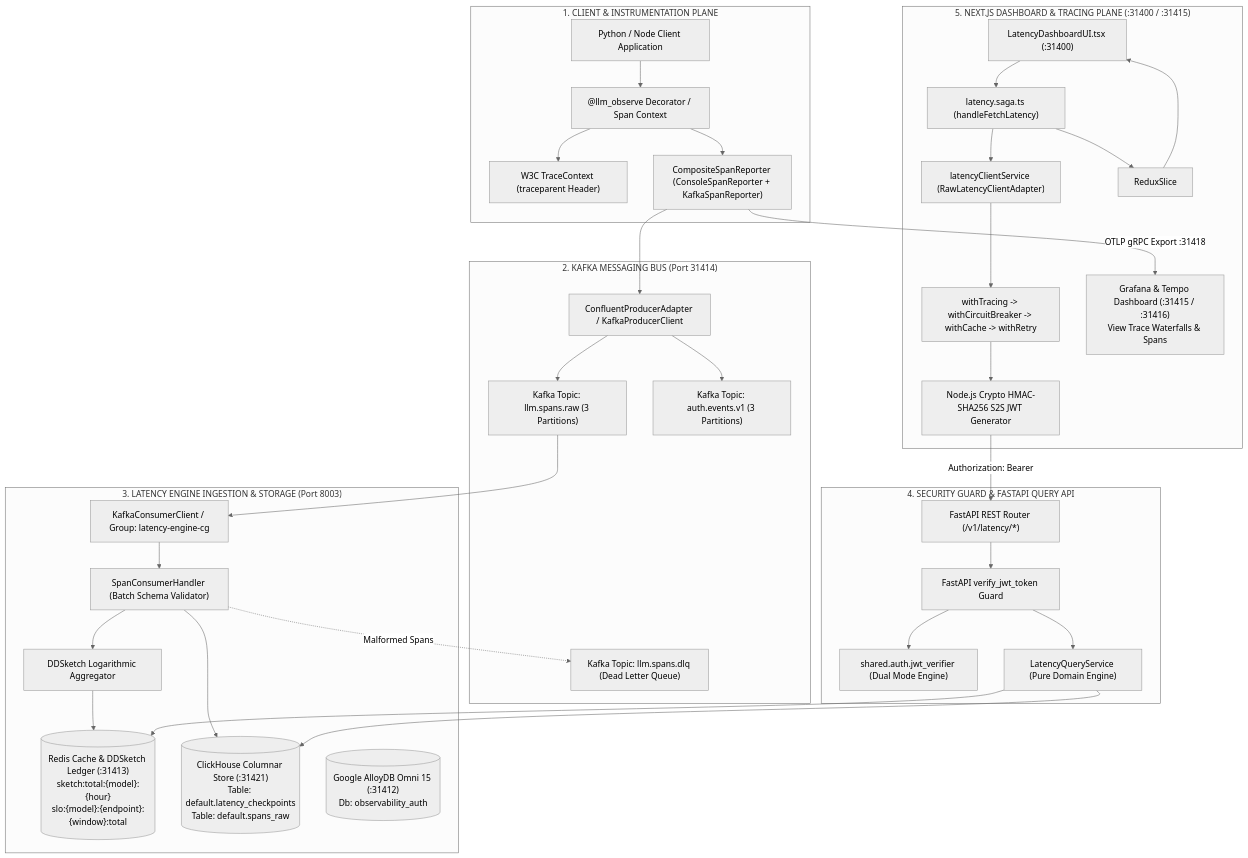
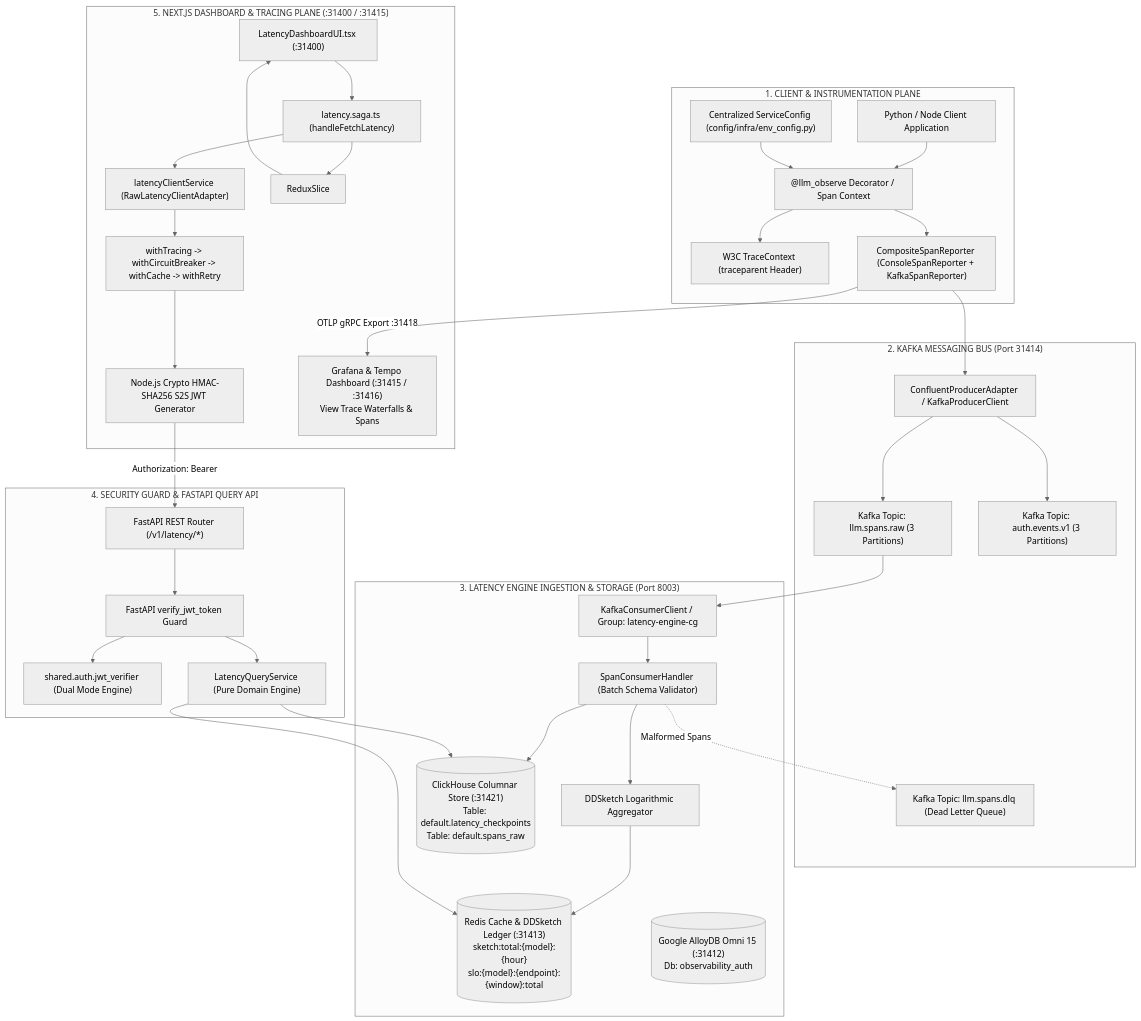
One commit to Chief-Strategist-J/llm-observability-platform changed the first of 5 diagrams in packages/node/web-app/adr/0007-latency-engine-end-to-end-integration-and-security.md. Above: the diagram before and after it, drawn with Mermaid (neutral theme). The commit also changed other lines of this file and 2 other files, not shown here.

Commit message:
refactor(config): centralize OTEL, Kafka, and service configuration constants in env_config.py and eliminate hardcoded strings across instrumentation-sdk and ADR-0007

````diff
--- a/packages/node/web-app/adr/0007-latency-engine-end-to-end-integration-and-security.md
+++ b/packages/node/web-app/adr/0007-latency-engine-end-to-end-integration-and-security.md
@@ -27,71 +27,73 @@
 ```mermaid
 flowchart TD
     subgraph ClientAppPlane["1. CLIENT & INSTRUMENTATION PLANE"]
         UserApp["Python / Node Client Application"]
         SDKDecorator["@llm_observe Decorator / Span Context"]
         TracingContext["W3C TraceContext (traceparent Header)"]
         CompositeReporter["CompositeSpanReporter (ConsoleSpanReporter + KafkaSpanReporter)"]
+        ConfigRegistry["Centralized ServiceConfig (config/infra/env_config.py)"]
 
         UserApp --> SDKDecorator
+        ConfigRegistry --> SDKDecorator
         SDKDecorator --> TracingContext
         SDKDecorator --> CompositeReporter
     end
 
     subgraph KafkaPlane["2. KAFKA MESSAGING BUS (Port 31414)"]
         KafkaProducer["ConfluentProducerAdapter / KafkaProducerClient"]
         TopicRaw["Kafka Topic: llm.spans.raw (3 Partitions)"]
         TopicAuth["Kafka Topic: auth.events.v1 (3 Partitions)"]
         TopicDLQ["Kafka Topic: llm.spans.dlq (Dead Letter Queue)"]
 
         CompositeReporter --> KafkaProducer
         KafkaProducer --> TopicRaw
         KafkaProducer --> TopicAuth
     end
 
     subgraph IngestionEnginePlane["3. LATENCY ENGINE INGESTION & STORAGE (Port 8003)"]
         KafkaConsumer["KafkaConsumerClient / Group: latency-engine-cg"]
         SpanHandler["SpanConsumerHandler (Batch Schema Validator)"]
         DDSketchEngine["DDSketch Logarithmic Aggregator"]
         RedisStore[("Redis Cache & DDSketch Ledger (:31413)\nsketch:total:{model}:{hour}\nslo:{model}:{endpoint}:{window}:total")]
         ClickHouseDB[("ClickHouse Columnar Store (:31421)\nTable: default.latency_checkpoints\nTable: default.spans_raw")]
         AlloyDB[("Google AlloyDB Omni 15 (:31412)\nDb: observability_auth")]
 
         TopicRaw --> KafkaConsumer
         KafkaConsumer --> SpanHandler
         SpanHandler --> DDSketchEngine
         DDSketchEngine --> RedisStore
         SpanHandler --> ClickHouseDB
         SpanHandler -.->|Malformed Spans| TopicDLQ
     end
 
     subgraph SecurityAPIPlane["4. SECURITY GUARD & FASTAPI QUERY API"]
         FastAPI["FastAPI REST Router (/v1/latency/*)"]
         JWTGuard["FastAPI verify_jwt_token Guard"]
         JWTVerifier["shared.auth.jwt_verifier (Dual Mode Engine)"]
         QueryService["LatencyQueryService (Pure Domain Engine)"]
 
         FastAPI --> JWTGuard
         JWTGuard --> JWTVerifier
         JWTGuard --> QueryService
         QueryService --> RedisStore
         QueryService --> ClickHouseDB
     end
 
     subgraph WebAppPlane["5. NEXT.JS DASHBOARD & TRACING PLANE (:31400 / :31415)"]
         ReactUI["LatencyDashboardUI.tsx (:31400)"]
         ReduxSaga["latency.saga.ts (handleFetchLatency)"]
         ClientAdapter["latencyClientService (RawLatencyClientAdapter)"]
         ResilienceChain["withTracing -> withCircuitBreaker -> withCache -> withRetry"]
         S2SSigner["Node.js Crypto HMAC-SHA256 S2S JWT Generator"]
         GrafanaTempo["Grafana & Tempo Dashboard (:31415 / :31416)\nView Trace Waterfalls & Spans"]
 
         ReactUI --> ReduxSaga
         ReduxSaga --> ClientAdapter
         ClientAdapter --> ResilienceChain
         ResilienceChain --> S2SSigner
         S2SSigner -->|Authorization: Bearer <S2S_JWT>| FastAPI
         CompositeReporter -->|OTLP gRPC Export :31418| GrafanaTempo
         ReduxSaga --> ReduxSlice
         ReduxSlice --> ReactUI
     end
 ```
````
